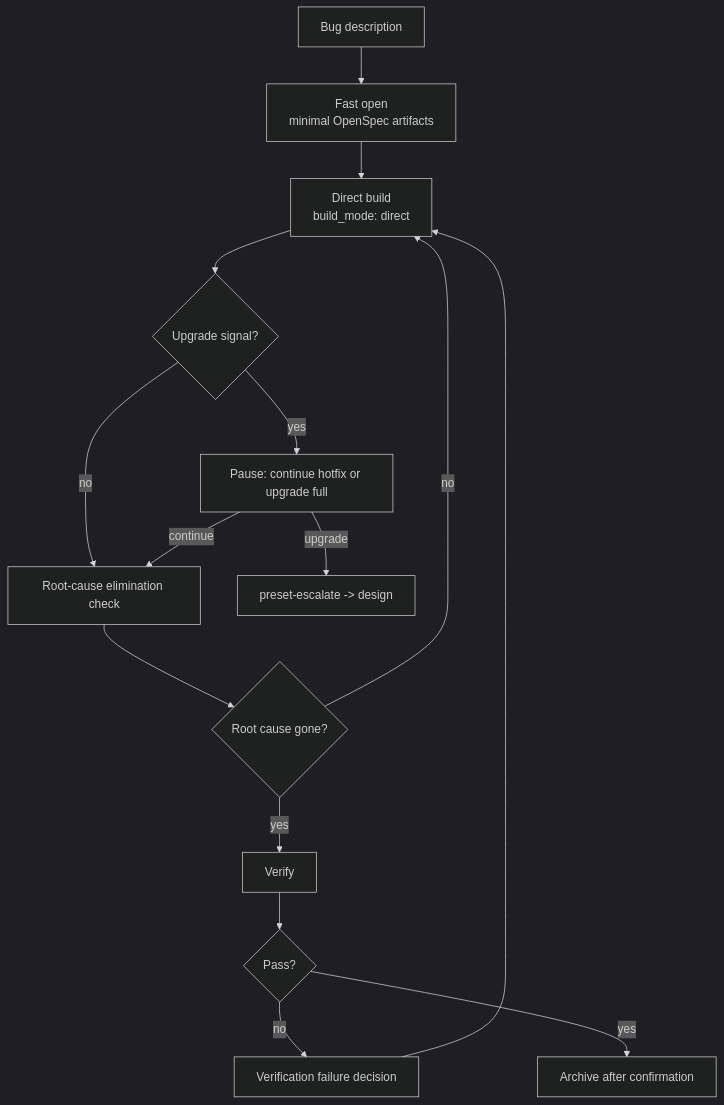
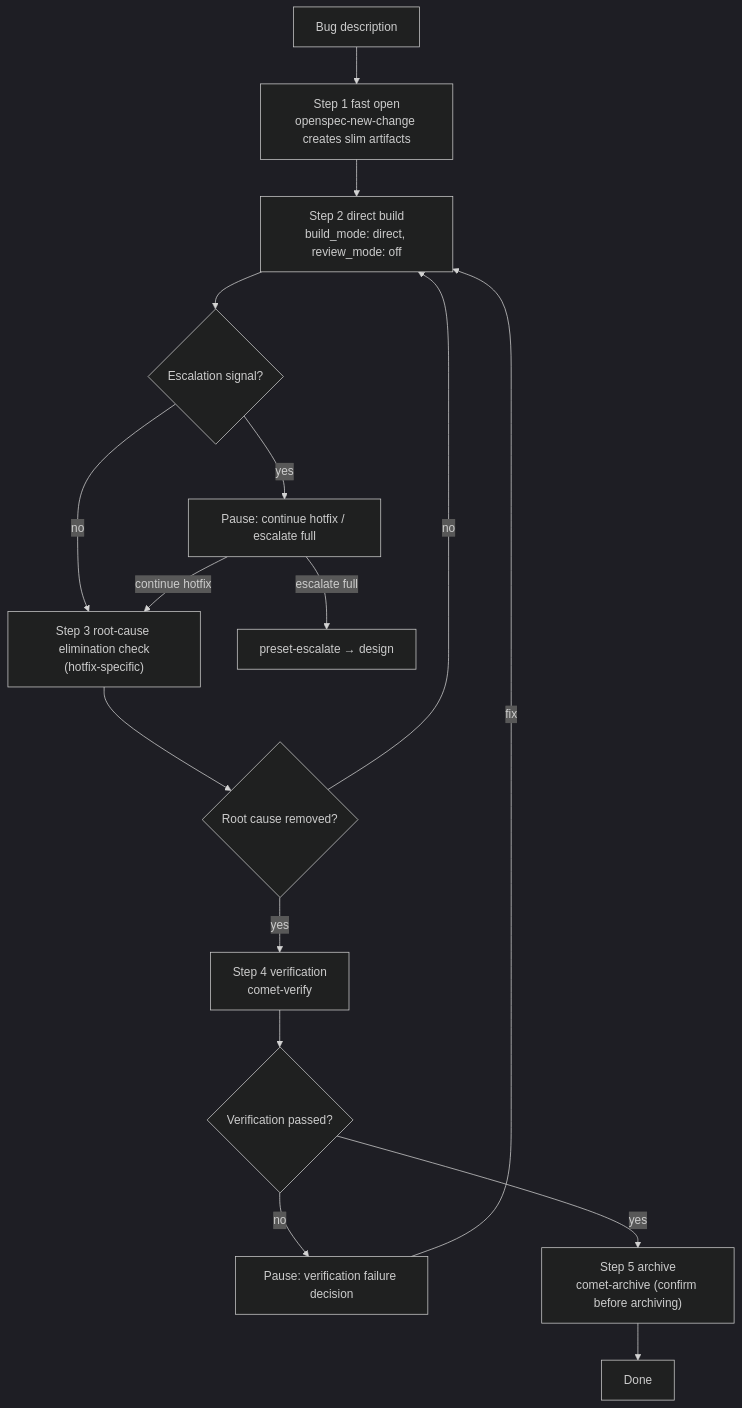
The diagram in en/presets/hotfix.mdx (rpamis/comet-website-docs), drawn with Mermaid (dark theme) before and after one commit. The commit also changed other lines of this file and 30 other files, not shown here.

````diff
--- a/en/presets/hotfix.mdx
+++ b/en/presets/hotfix.mdx
@@ -54,17 +74,18 @@
 ```mermaid
 flowchart TD
-    Start["Bug description"] --> S1["Fast open\nminimal OpenSpec artifacts"]
-    S1 --> S2["Direct build\nbuild_mode: direct"]
-    S2 --> Esc{"Upgrade signal?"}
-    Esc -->|yes| Stop["Pause: continue hotfix or upgrade full"]
-    Esc -->|no| S3["Root-cause elimination check"]
-    Stop -->|continue| S3
-    Stop -->|upgrade| Up["preset-escalate -> design"]
-    S3 --> Root{"Root cause gone?"}
+    Start["Bug description"] --> S1["Step 1 fast open<br/>openspec-new-change creates slim artifacts"]
+    S1 --> S2["Step 2 direct build<br/>build_mode: direct, review_mode: off"]
+    S2 --> Esc{"Escalation signal?"}
+    Esc -->|yes| EscStop["Pause: continue hotfix / escalate full"]
+    Esc -->|no| S3["Step 3 root-cause elimination check<br/>(hotfix-specific)"]
+    EscStop -->|continue hotfix| S3
+    EscStop -->|escalate full| EscUp["preset-escalate → design"]
+    S3 --> Root{"Root cause removed?"}
     Root -->|no| S2
-    Root -->|yes| S4["Verify"]
-    S4 --> V{"Pass?"}
-    V -->|no| Fix["Verification failure decision"]
-    Fix --> S2
-    V -->|yes| S5["Archive after confirmation"]
+    Root -->|yes| S4["Step 4 verification<br/>comet-verify"]
+    S4 --> Vf{"Verification passed?"}
+    Vf -->|no| VfStop["Pause: verification failure decision"]
+    VfStop -->|fix| S2
+    Vf -->|yes| S5["Step 5 archive<br/>comet-archive (confirm before archiving)"]
+    S5 --> Done["Done"]
 ```
````
